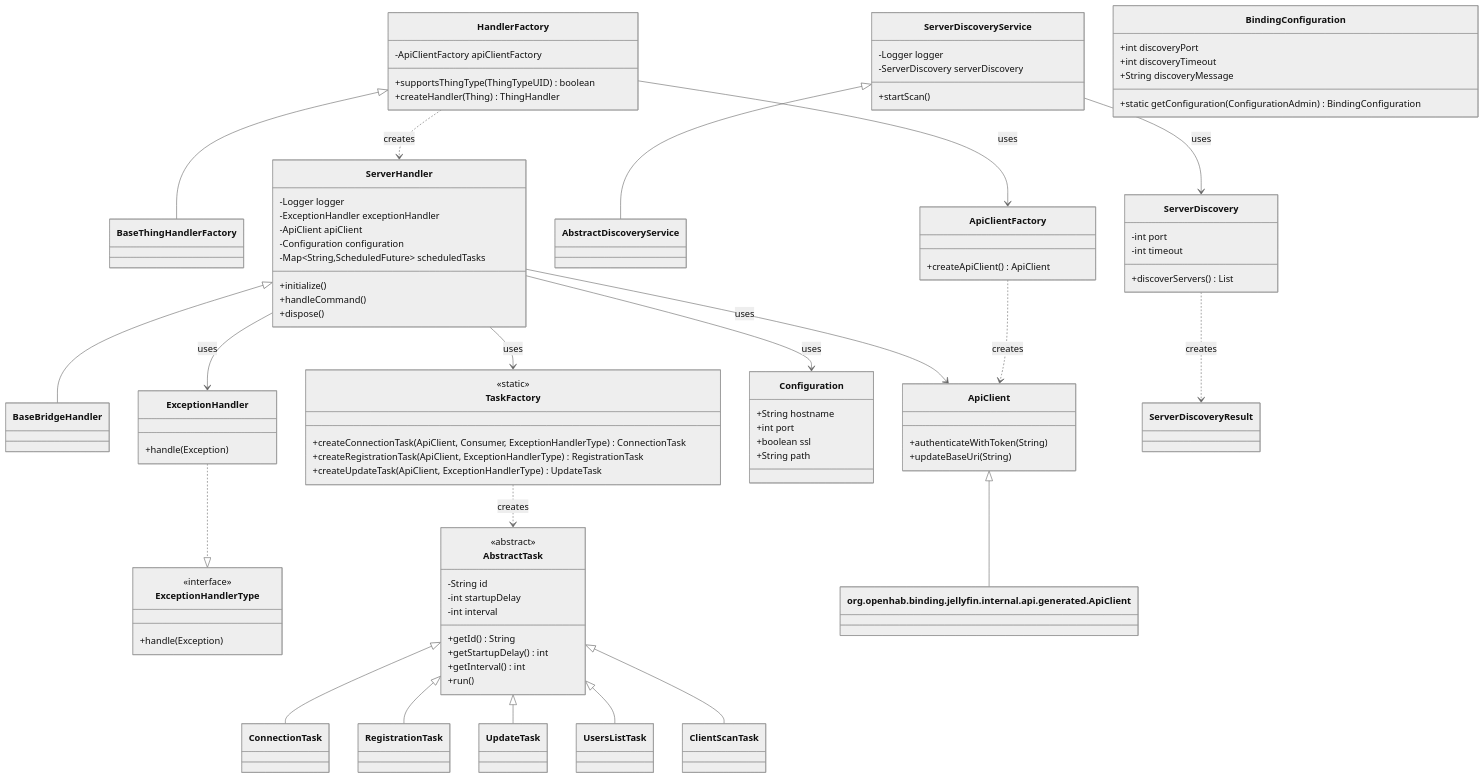
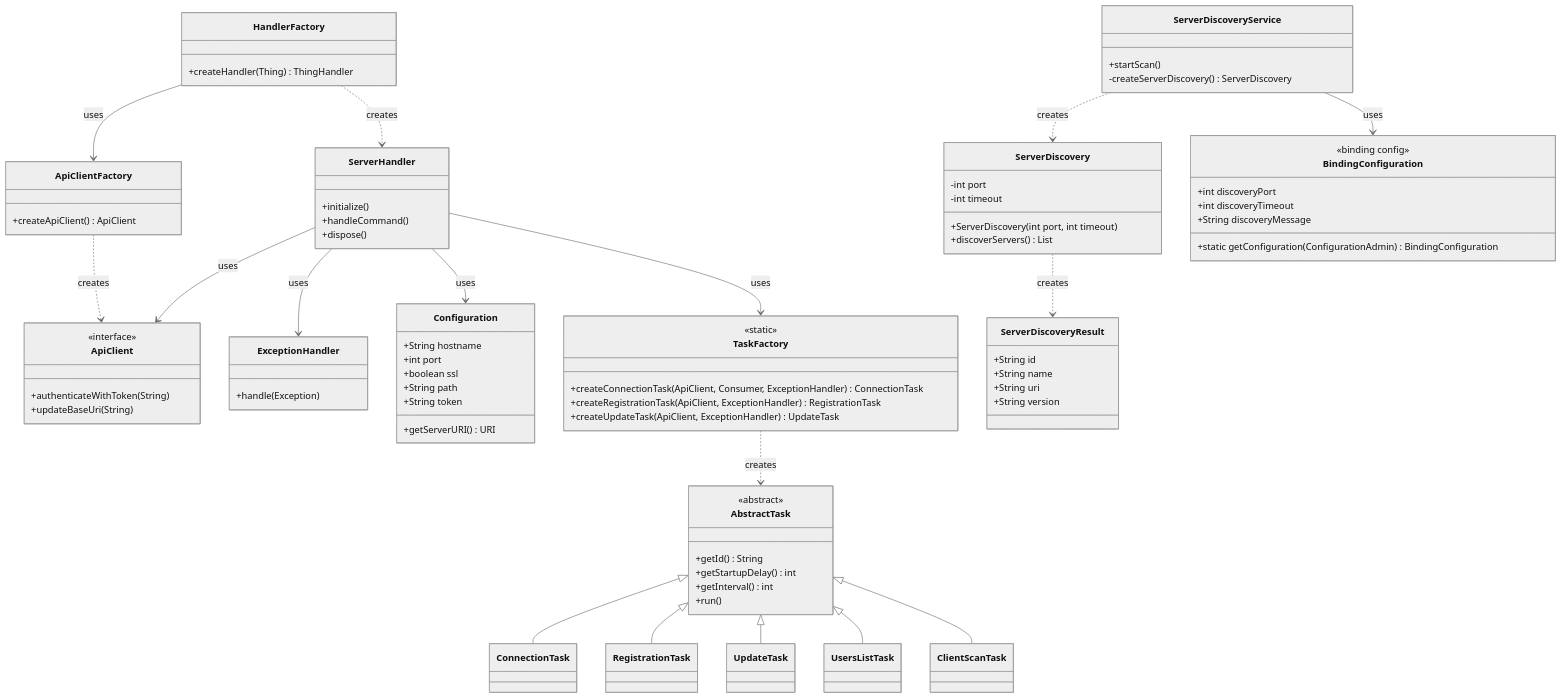
The diagram in bundles/org.openhab.binding.jellyfin/CONTRIBUTION.md (openhab/openhab-addons), drawn with Mermaid (neutral theme) before and after one commit. The commit also changed 3 other files, not shown here.

Commit message:
✨ feat(jellyfin): add error handling for missing access token and update contribution documentation

````diff
--- a/bundles/org.openhab.binding.jellyfin/CONTRIBUTION.md
+++ b/bundles/org.openhab.binding.jellyfin/CONTRIBUTION.md
@@ -9,16 +9,11 @@
 ```mermaid
 classDiagram
     %% Class inheritance relationships
-    HandlerFactory <|-- BaseThingHandlerFactory
-    ServerHandler <|-- BaseBridgeHandler
-    ServerDiscoveryService <|-- AbstractDiscoveryService
-    ExceptionHandler ..|> ExceptionHandlerType
     AbstractTask <|-- ConnectionTask
     AbstractTask <|-- RegistrationTask
     AbstractTask <|-- UpdateTask
     AbstractTask <|-- UsersListTask
     AbstractTask <|-- ClientScanTask
-    ApiClient <|-- org.openhab.binding.jellyfin.internal.api.generated.ApiClient
     
     %% Class dependencies and usage relationships
     HandlerFactory --> ApiClientFactory : uses
@@ -26,25 +21,19 @@
     ServerHandler --> ExceptionHandler : uses
     ServerHandler --> Configuration : uses
     ServerHandler --> TaskFactory : uses
+    ServerDiscoveryService ..> ServerDiscovery : creates
+    ServerDiscoveryService --> BindingConfiguration : uses
     TaskFactory ..> AbstractTask : creates
-    ServerDiscoveryService --> ServerDiscovery : uses
     ServerDiscovery ..> ServerDiscoveryResult : creates
     ApiClientFactory ..> ApiClient : creates
     HandlerFactory ..> ServerHandler : creates
     
     %% Class definitions with key attributes and methods
     class HandlerFactory {
-        -ApiClientFactory apiClientFactory
-        +supportsThingType(ThingTypeUID) boolean
         +createHandler(Thing) ThingHandler
     }
     
     class ServerHandler {
-        -Logger logger
-        -ExceptionHandler exceptionHandler
-        -ApiClient apiClient
-        -Configuration configuration
-        -Map~String,ScheduledFuture~ scheduledTasks
         +initialize()
         +handleCommand()
         +dispose()
@@ -55,27 +44,25 @@
     }
     
     class ApiClient {
+        <<interface>>
         +authenticateWithToken(String)
         +updateBaseUri(String)
     }
     
     class ServerDiscoveryService {
-        -Logger logger
-        -ServerDiscovery serverDiscovery
         +startScan()
+        -createServerDiscovery() ServerDiscovery
     }
     
     class ServerDiscovery {
         -int port
         -int timeout
+        +ServerDiscovery(int port, int timeout)
         +discoverServers() List
     }
     
     class AbstractTask {
         <<abstract>>
-        -String id
-        -int startupDelay
-        -int interval
         +getId() String
         +getStartupDelay() int
         +getInterval() int
@@ -84,14 +71,9 @@
     
     class TaskFactory {
         <<static>>
-        +createConnectionTask(ApiClient, Consumer, ExceptionHandlerType) ConnectionTask
-        +createRegistrationTask(ApiClient, ExceptionHandlerType) RegistrationTask
-        +createUpdateTask(ApiClient, ExceptionHandlerType) UpdateTask
-    }
-    
-    class ExceptionHandlerType {
-        <<interface>>
-        +handle(Exception)
+        +createConnectionTask(ApiClient, Consumer, ExceptionHandler) ConnectionTask
+        +createRegistrationTask(ApiClient, ExceptionHandler) RegistrationTask
+        +createUpdateTask(ApiClient, ExceptionHandler) UpdateTask
     }
     
     class ExceptionHandler {
@@ -103,12 +85,26 @@
         +int port
         +boolean ssl
         +String path
+        +String token
+        +getServerURI() URI
     }
     
     class BindingConfiguration {
+        <<binding config>>
         +int discoveryPort
         +int discoveryTimeout
         +String discoveryMessage
         +static getConfiguration(ConfigurationAdmin) BindingConfiguration
     }
+    
+    class ServerDiscoveryResult {
+        +String id
+        +String name
+        +String uri
+        +String version
+    }
+    
+    class ConnectionTask {
+        %% Inherits run() from AbstractTask
+    }
 ```
````
